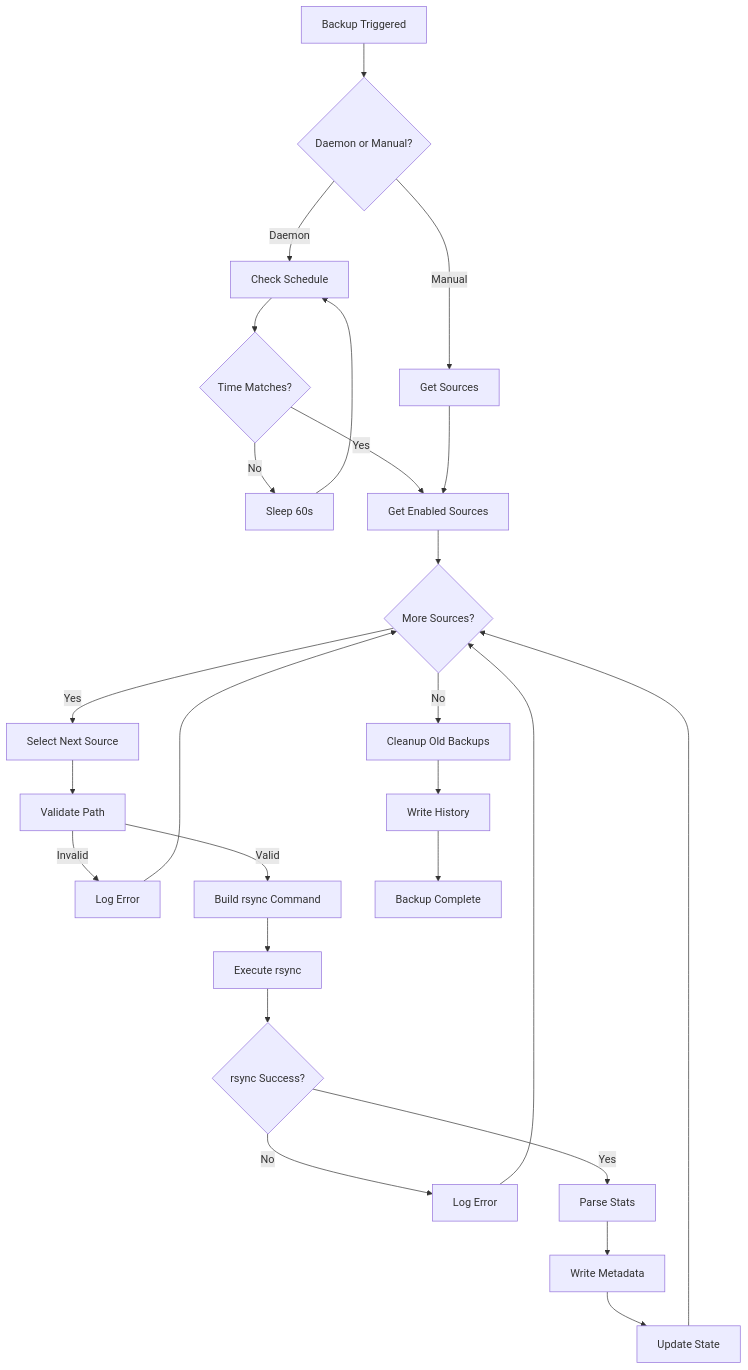
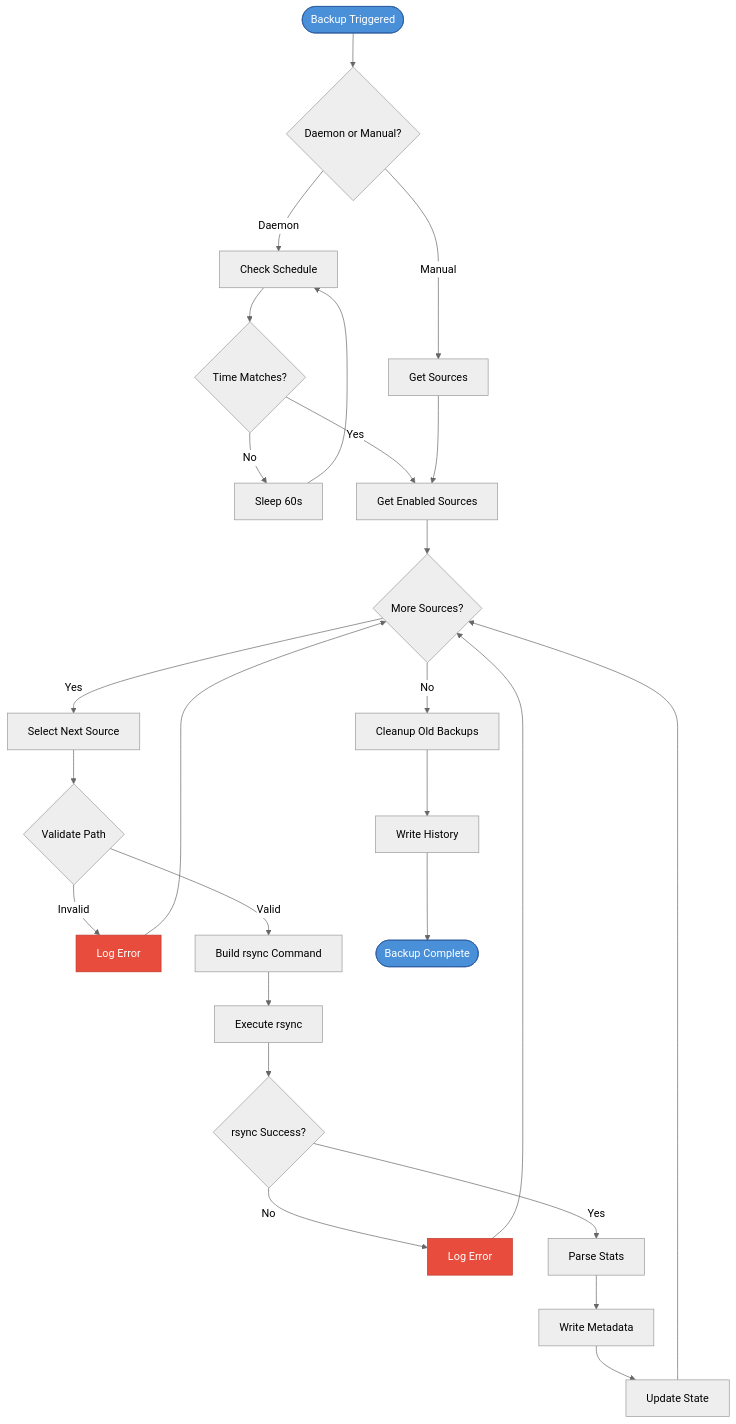
The third of 5 diagrams in docs/architecture/data-flow.md (mateus-mg/control-panel), drawn with Mermaid before and after one commit. The commit also changed other lines of this file, not shown here.

Commit message:
fix: improve mermaid diagrams for light/dark mode compatibility

````diff
--- a/docs/architecture/data-flow.md
+++ b/docs/architecture/data-flow.md
@@ -54,28 +56,34 @@
 ```mermaid
+%%{init: {'theme':'neutral'}}%%
 flowchart TD
-    A[Backup Triggered] --> B{Daemon or Manual?}
-    B -->|Daemon| C[Check Schedule]
-    B -->|Manual| D[Get Sources]
-    C --> E{Time Matches?}
-    E -->|No| F[Sleep 60s]
+    A([Backup Triggered]) --> B{"Daemon or Manual?"}
+    B -->|"Daemon"| C[Check Schedule]
+    B -->|"Manual"| D[Get Sources]
+    C --> E{"Time Matches?"}
+    E -->|"No"| F[Sleep 60s]
     F --> C
-    E -->|Yes| G[Get Enabled Sources]
+    E -->|"Yes"| G[Get Enabled Sources]
     D --> G
-    G --> H{More Sources?}
-    H -->|Yes| I[Select Next Source]
-    I --> J[Validate Path]
-    J -->|Invalid| K[Log Error]
+    G --> H{"More Sources?"}
+    H -->|"Yes"| I[Select Next Source]
+    I --> J{Validate Path}
+    J -->|"Invalid"| K[Log Error]
     K --> H
-    J -->|Valid| L[Build rsync Command]
+    J -->|"Valid"| L[Build rsync Command]
     L --> M[Execute rsync]
-    M --> N{rsync Success?}
-    N -->|No| O[Log Error]
+    M --> N{"rsync Success?"}
+    N -->|"No"| O[Log Error]
     O --> H
-    N -->|Yes| P[Parse Stats]
+    N -->|"Yes"| P[Parse Stats]
     P --> Q[Write Metadata]
     Q --> R[Update State]
     R --> H
-    H -->|No| S[Cleanup Old Backups]
+    H -->|"No"| S[Cleanup Old Backups]
     S --> T[Write History]
-    T --> U[Backup Complete]
+    T --> U([Backup Complete])
+
+    style A fill:#4a90d9,stroke:#2c5aa0,color:#fff
+    style U fill:#4a90d9,stroke:#2c5aa0,color:#fff
+    style K fill:#e74c3c,stroke:#c0392b,color:#fff
+    style O fill:#e74c3c,stroke:#c0392b,color:#fff
 ```
````
